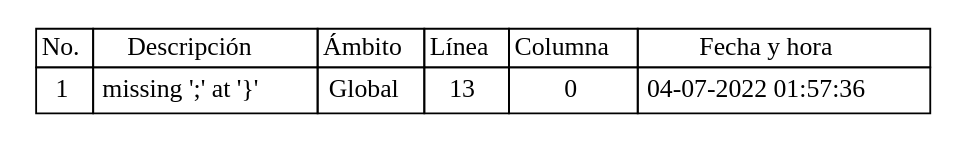
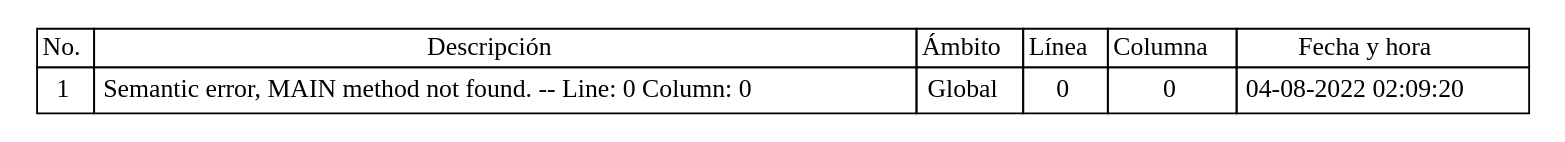
One commit to Jodyannre/COMPI2_proyecto2_2022 changed the diagram in Back/Web/tablas/tablaErrores.dot. Above: the diagram before and after it, drawn with Graphviz. The commit also changed 17 other files, not shown here.

```diff
--- a/Back/Web/tablas/tablaErrores.dot
+++ b/Back/Web/tablas/tablaErrores.dot
@@ -1,36 +1,36 @@
 
 	digraph {
 		tablaSimbolos [
 		  shape=plaintext
 		  label=<
 			<table border='0' cellborder='1' color='black' cellspacing='0'>
 			  <tr>
 				  <td>No.</td>
 				  <td>Descripción</td>
 				  <td>Ámbito</td>
 				  <td>Línea</td>
 				  <td>Columna</td>
 				  <td>Fecha y hora</td>
 			  </tr>
 	
 <tr>
 <td cellpadding='4'>
 1
 </td>
-<td cellpadding='4'>missing ';' at '}'
+<td cellpadding='4'>Semantic error, MAIN method not found. -- Line: 0 Column: 0
 </td>
 <td cellpadding='4'>Global
 </td>
-<td cellpadding='4'>13
+<td cellpadding='4'>0
 </td>
 <td cellpadding='4'>
 0
 </td>
 <td cellpadding='4'>
-04-07-2022 01:57:36
+04-08-2022 02:09:20
 </td>
 </tr>
 
 		</table>
 		>];
 	}
```
